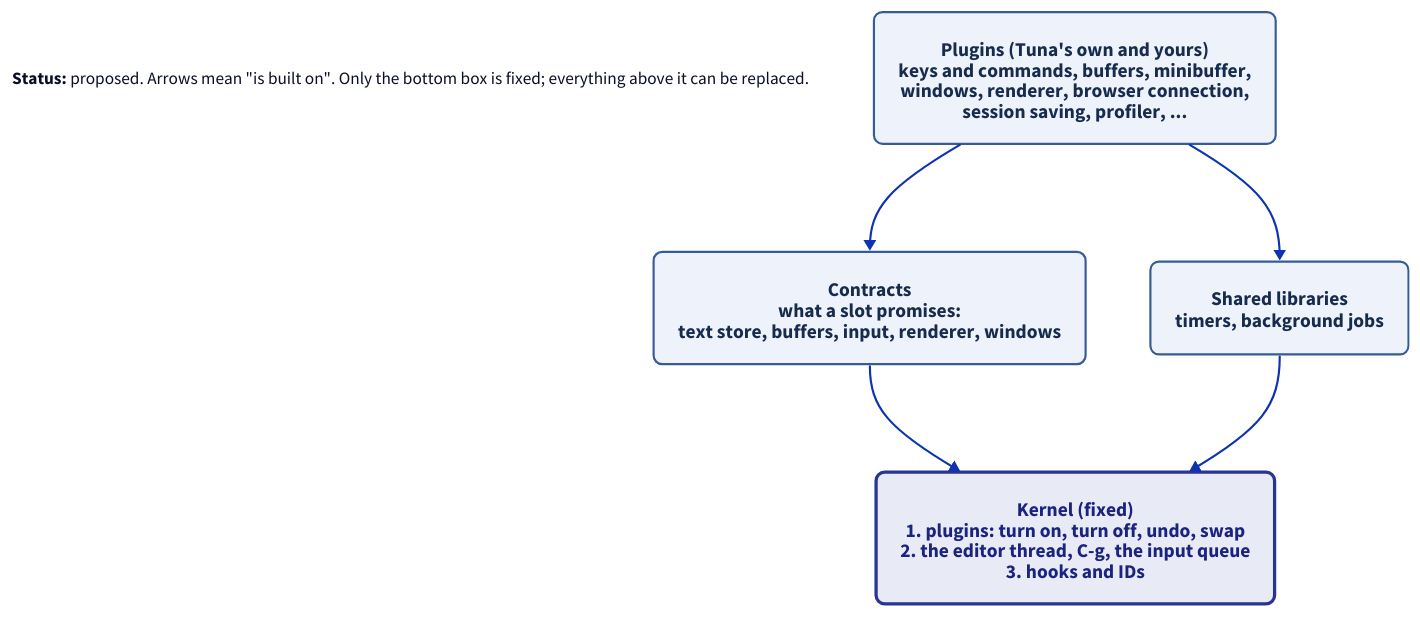
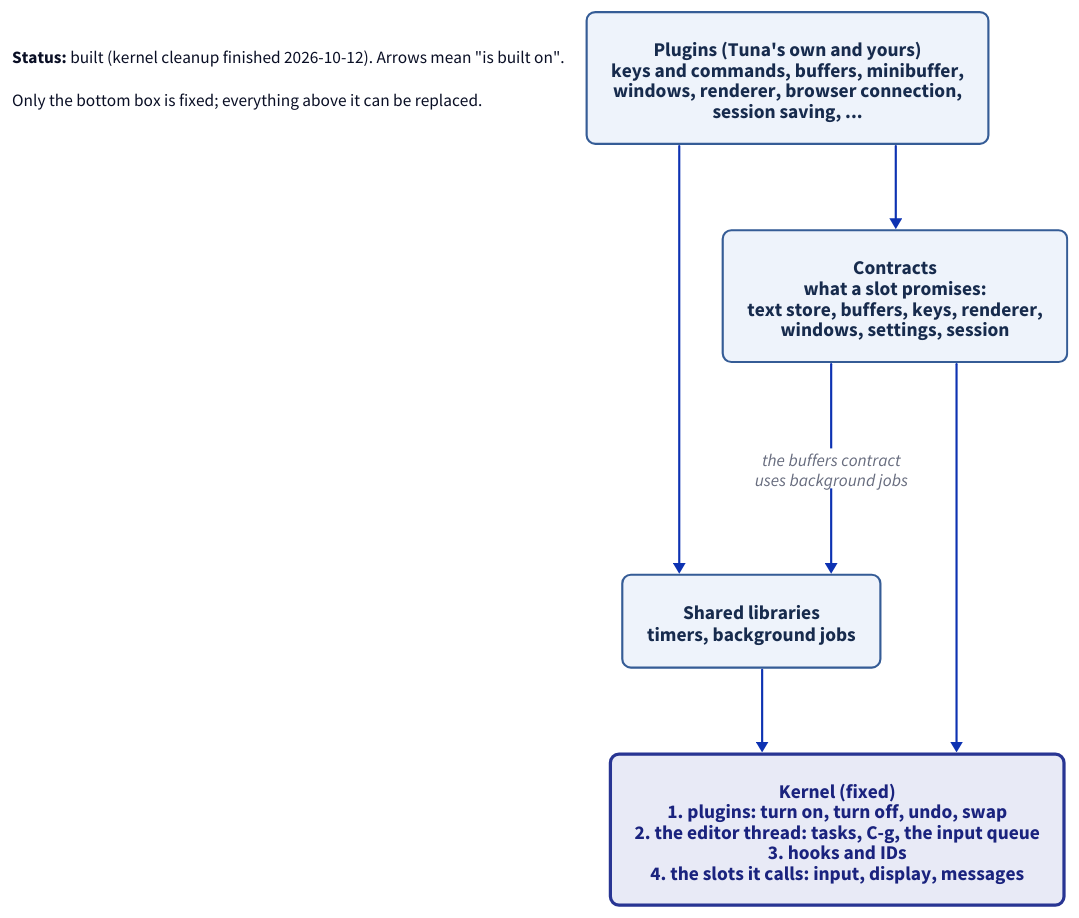
Before and after one commit to jaybonthius/tuna: the diagram in docs/diagrams/kernel-layers.d2, drawn with D2. The commit also changed 4 other files, not shown here.

Commit message:
docs: describe the finished kernel and its four layers

```diff
--- a/docs/diagrams/kernel-layers.d2
+++ b/docs/diagrams/kernel-layers.d2
@@ -1,45 +1,47 @@
 # What is in the kernel, and what sits on top of it?
 vars: {
   d2-config: {
-    layout-engine: dagre
+    layout-engine: elk
     theme-id: 0
   }
 }
 direction: down
 
 classes: {
   kernel: {
     style: {
       fill: "#e8eaf6"
       stroke: "#283593"
       font-color: "#1a237e"
       border-radius: 8
       stroke-width: 3
       font-size: 18
     }
   }
   layer: {
     style: {
       fill: "#eef3fb"
       stroke: "#355c96"
       font-color: "#172b4d"
       border-radius: 8
       font-size: 18
     }
   }
 }
 
 legend: |md
-  **Status:** proposed. Arrows mean "is built on".
+  **Status:** built (kernel cleanup finished 2026-10-12). Arrows mean "is built on".
+
   Only the bottom box is fixed; everything above it can be replaced.
 |
 
-plugins: "Plugins (Tuna's own and yours)\nkeys and commands, buffers, minibuffer,\nwindows, renderer, browser connection,\nsession saving, profiler, ..." {class: layer}
-contracts: "Contracts\nwhat a slot promises:\ntext store, buffers, input, renderer, windows" {class: layer}
+plugins: "Plugins (Tuna's own and yours)\nkeys and commands, buffers, minibuffer,\nwindows, renderer, browser connection,\nsession saving, ..." {class: layer}
+contracts: "Contracts\nwhat a slot promises:\ntext store, buffers, keys, renderer,\nwindows, settings, session" {class: layer}
 libraries: "Shared libraries\ntimers, background jobs" {class: layer}
-kernel: "Kernel (fixed)\n1. plugins: turn on, turn off, undo, swap\n2. the editor thread, C-g, the input queue\n3. hooks and IDs" {class: kernel}
+kernel: "Kernel (fixed)\n1. plugins: turn on, turn off, undo, swap\n2. the editor thread: tasks, C-g, the input queue\n3. hooks and IDs\n4. the slots it calls: input, display, messages" {class: kernel}
 
 plugins -> contracts
 plugins -> libraries
+contracts -> libraries: "the buffers contract\nuses background jobs"
 contracts -> kernel
 libraries -> kernel
```
